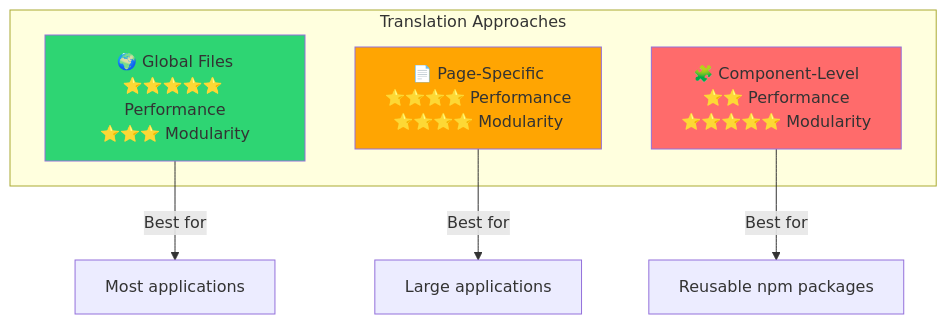
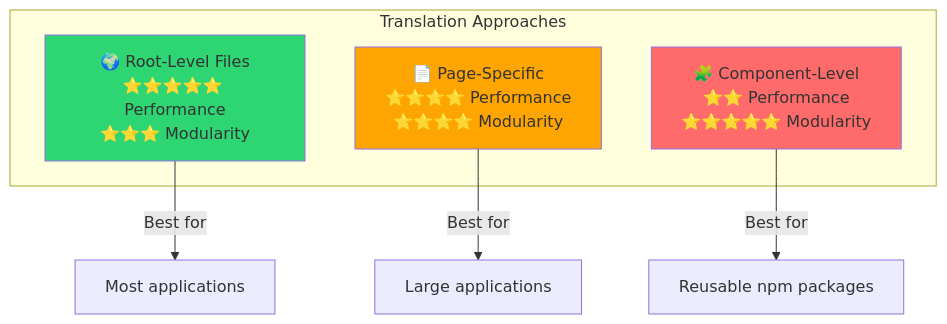
One commit to s00d/nuxt-i18n-micro changed the second of 2 diagrams in docs/guide/per-component-translations.md. Above: the diagram before and after it, drawn with Mermaid. The commit also changed other lines of this file, not shown here.

Commit message:
docs(guide): update terminology from 'global files' to 'root-level files'

````diff
--- a/docs/guide/per-component-translations.md
+++ b/docs/guide/per-component-translations.md
@@ -528,16 +528,16 @@
 ```mermaid
 flowchart TB
     subgraph Approaches["Translation Approaches"]
-        G["🌍 Global Files<br/>⭐⭐⭐⭐⭐ Performance<br/>⭐⭐⭐ Modularity"]
+        G["🌍 Root-Level Files<br/>⭐⭐⭐⭐⭐ Performance<br/>⭐⭐⭐ Modularity"]
         P["📄 Page-Specific<br/>⭐⭐⭐⭐ Performance<br/>⭐⭐⭐⭐ Modularity"]
         C["🧩 Component-Level<br/>⭐⭐ Performance<br/>⭐⭐⭐⭐⭐ Modularity"]
     end
     
     G -->|Best for| G1[Most applications]
     P -->|Best for| P1[Large applications]
     C -->|Best for| C1[Reusable npm packages]
     
     style G fill:#2ed573
     style P fill:#ffa502
     style C fill:#ff6b6b
 ```
````
